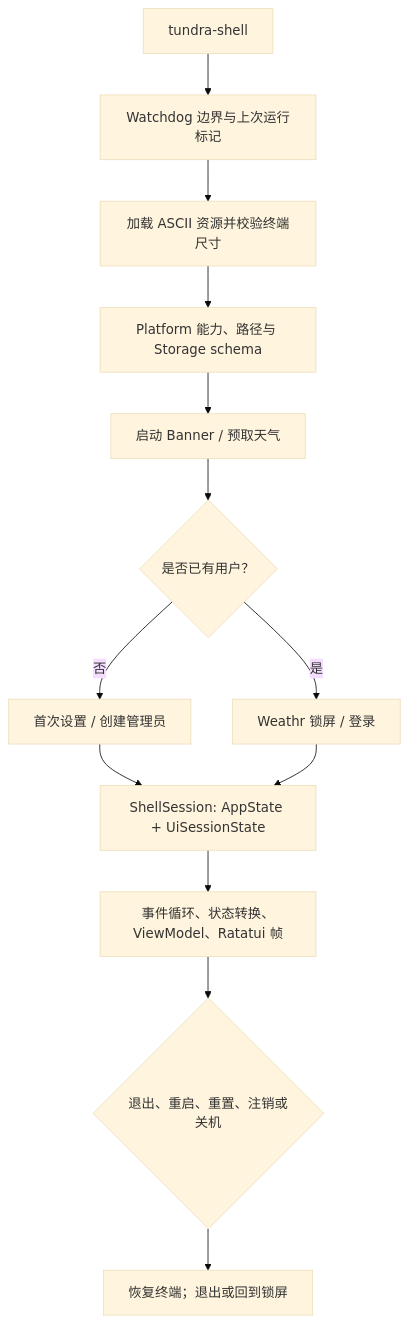
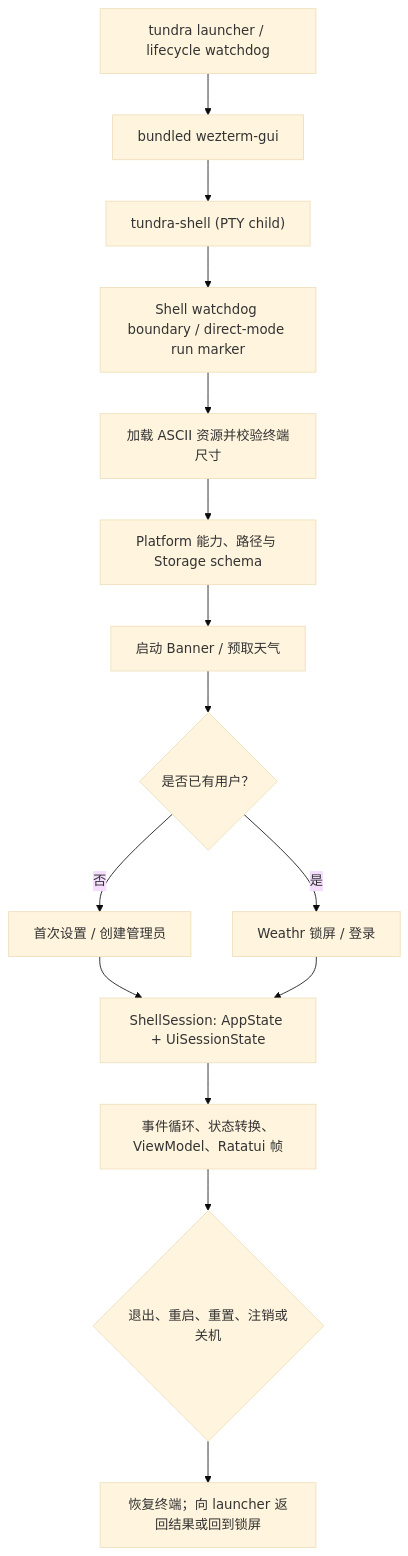
The first of 3 diagrams in README-TECHNICAL.md (peixuanthomas/TundraUX3), drawn with Mermaid (base theme) before and after one commit. The commit also changed other lines of this file and 41 other files, not shown here.

Commit message:
feat: add experimental bundled WezTerm launcher

````diff
--- a/README-TECHNICAL.md
+++ b/README-TECHNICAL.md
@@ -100,15 +102,17 @@
 ```mermaid
 flowchart TD
-    A["tundra-shell"] --> B["Watchdog 边界与上次运行标记"]
-    B --> C["加载 ASCII 资源并校验终端尺寸"]
-    C --> D["Platform 能力、路径与 Storage schema"]
-    D --> E["启动 Banner / 预取天气"]
-    E --> F{"是否已有用户？"}
-    F -- "否" --> G["首次设置 / 创建管理员"]
-    F -- "是" --> H["Weathr 锁屏 / 登录"]
-    G --> I["ShellSession: AppState + UiSessionState"]
-    H --> I
-    I --> J["事件循环、状态转换、ViewModel、Ratatui 帧"]
-    J --> K{"退出、重启、重置、注销或关机"}
-    K --> L["恢复终端；退出或回到锁屏"]
+    A["tundra launcher / lifecycle watchdog"] --> B["bundled wezterm-gui"]
+    B --> C["tundra-shell (PTY child)"]
+    C --> D["Shell watchdog boundary / direct-mode run marker"]
+    D --> E["加载 ASCII 资源并校验终端尺寸"]
+    E --> F["Platform 能力、路径与 Storage schema"]
+    F --> G["启动 Banner / 预取天气"]
+    G --> H{"是否已有用户？"}
+    H -- "否" --> I["首次设置 / 创建管理员"]
+    H -- "是" --> J["Weathr 锁屏 / 登录"]
+    I --> K["ShellSession: AppState + UiSessionState"]
+    J --> K
+    K --> L["事件循环、状态转换、ViewModel、Ratatui 帧"]
+    L --> M{"退出、重启、重置、注销或关机"}
+    M --> N["恢复终端；向 launcher 返回结果或回到锁屏"]
 ```
````
